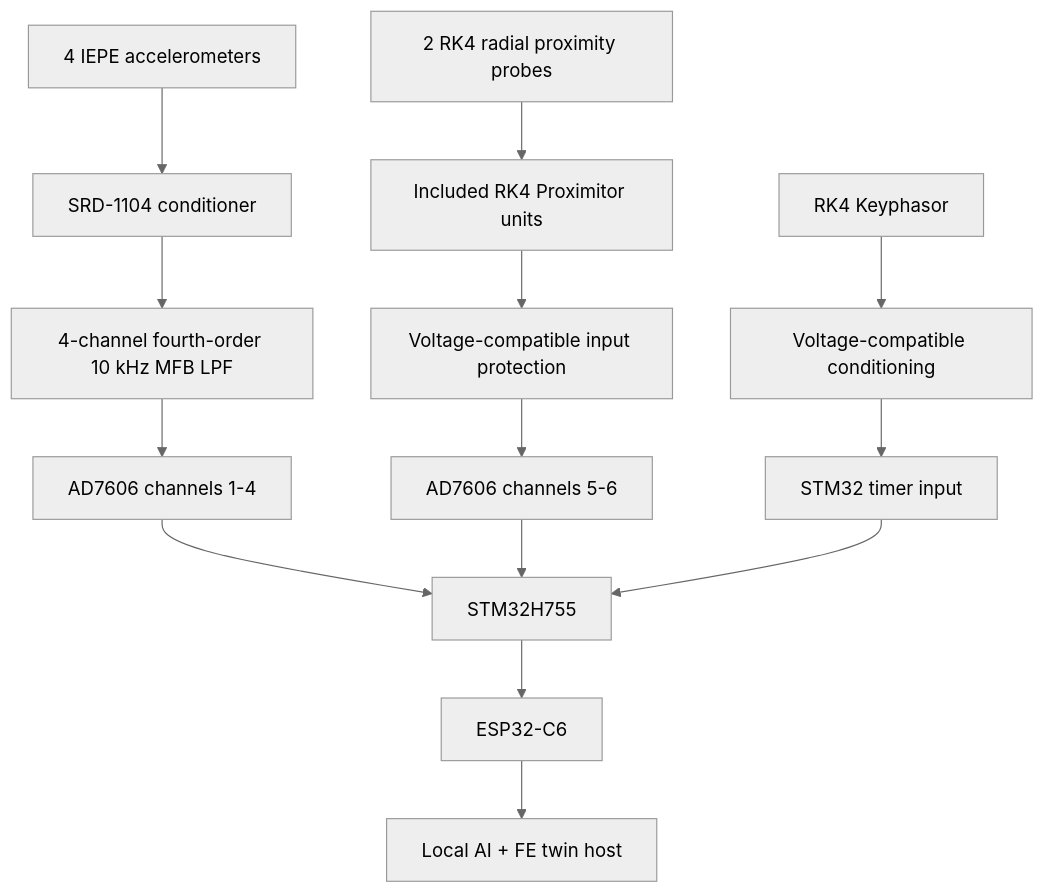
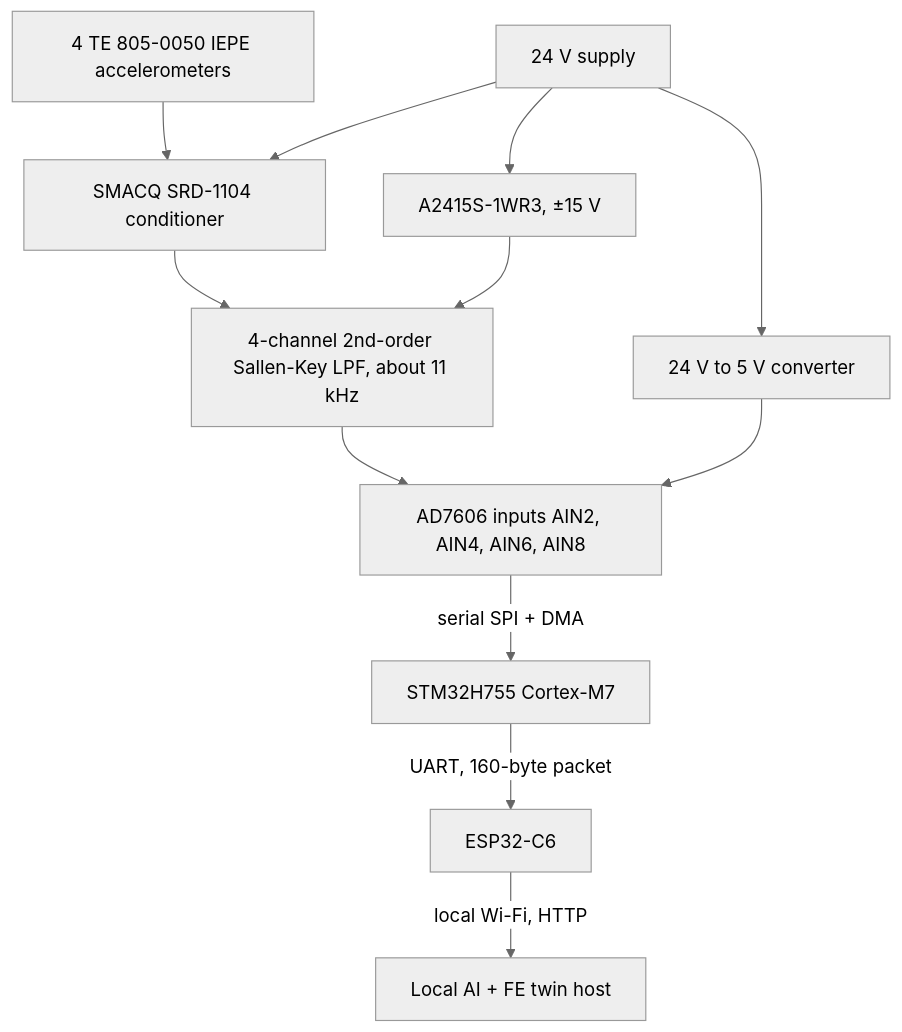
The first of 3 diagrams in Project architecture/COE/COE Edge Acquisition & Processing Node layer.md (amussab/Digital-Twin-Senior-Proj), drawn with Mermaid (neutral theme) before and after one commit. The commit also changed other lines of this file and 5 other files, not shown here.

````diff
--- a/Project architecture/COE/COE Edge Acquisition & Processing Node layer.md
+++ b/Project architecture/COE/COE Edge Acquisition & Processing Node layer.md
@@ -39,18 +37,12 @@
 ```mermaid
 flowchart TD
-    ACC["4 IEPE accelerometers"] --> IEPE["SRD-1104 conditioner"]
-    IEPE --> LPF["4-channel fourth-order 10 kHz MFB LPF"]
-    LPF --> ADC["AD7606 channels 1-4"]
-
-    PROBES["2 RK4 radial proximity probes"] --> PROX["Included RK4 Proximitor units"]
-    PROX --> PROXIN["Voltage-compatible input protection"]
-    PROXIN --> ADC2["AD7606 channels 5-6"]
-
-    KEY["RK4 Keyphasor"] --> KEYIN["Voltage-compatible conditioning"]
-    KEYIN --> TIMER["STM32 timer input"]
-    ADC --> STM["STM32H755"]
-    ADC2 --> STM
-    TIMER --> STM
-    STM --> ESP["ESP32-C6"]
-    ESP --> HOST["Local AI + FE twin host"]
+    ACC["4 TE 805-0050 IEPE accelerometers"] --> IEPE["SMACQ SRD-1104 conditioner"]
+    IEPE --> LPF["4-channel 2nd-order Sallen-Key LPF, about 11 kHz"]
+    LPF --> ADC["AD7606 inputs AIN2, AIN4, AIN6, AIN8"]
+    ADC -->|"serial SPI + DMA"| STM["STM32H755 Cortex-M7"]
+    STM -->|"UART, 160-byte packet"| ESP["ESP32-C6"]
+    ESP -->|"local Wi-Fi, HTTP"| HOST["Local AI + FE twin host"]
+    PSU["24 V supply"] --> IEPE
+    PSU --> BUCK["24 V to 5 V converter"] --> ADC
+    PSU --> ISO["A2415S-1WR3, ±15 V"] --> LPF
 ```
````
